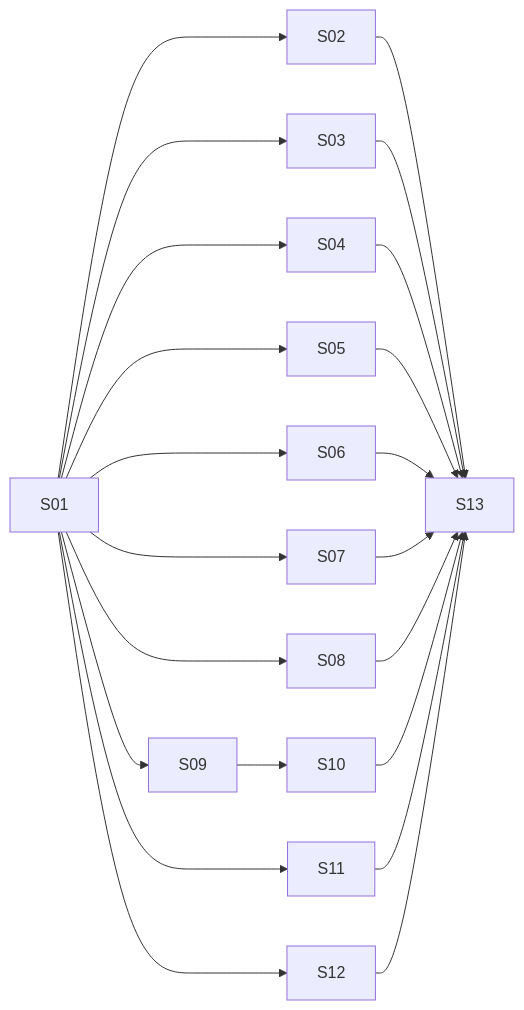
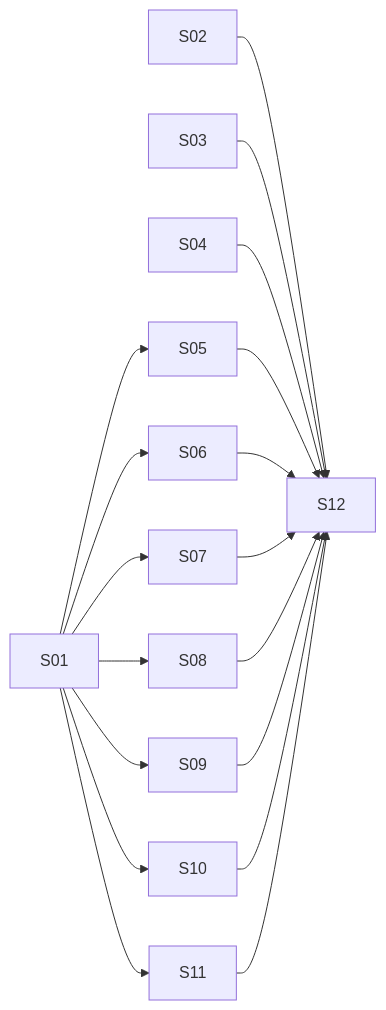
Before and after one commit to sergiocastelani/portfolio2: the diagram in .rff/implementation-steps.md, drawn with Mermaid. The commit also changed other lines of this file and 5 other files, not shown here.

````diff
--- a/.rff/implementation-steps.md
+++ b/.rff/implementation-steps.md
@@ -278,24 +300,20 @@
 ```mermaid
 graph LR
-  S01 --> S02
-  S01 --> S03
-  S01 --> S04
   S01 --> S05
   S01 --> S06
   S01 --> S07
   S01 --> S08
   S01 --> S09
+  S01 --> S10
   S01 --> S11
-  S01 --> S12
-  S09 --> S10
-  S02 --> S13
-  S03 --> S13
-  S04 --> S13
-  S05 --> S13
-  S06 --> S13
-  S07 --> S13
-  S08 --> S13
-  S10 --> S13
-  S11 --> S13
-  S12 --> S13
+  S02 --> S12
+  S03 --> S12
+  S04 --> S12
+  S05 --> S12
+  S06 --> S12
+  S07 --> S12
+  S08 --> S12
+  S09 --> S12
+  S10 --> S12
+  S11 --> S12
 ```
````
